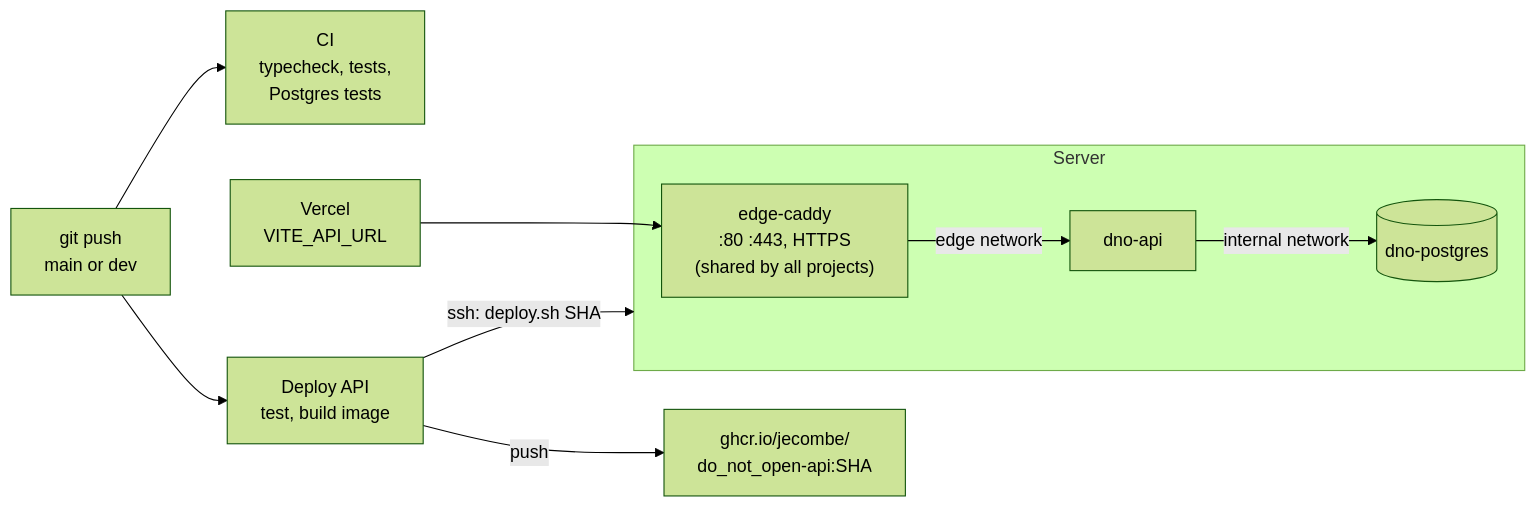
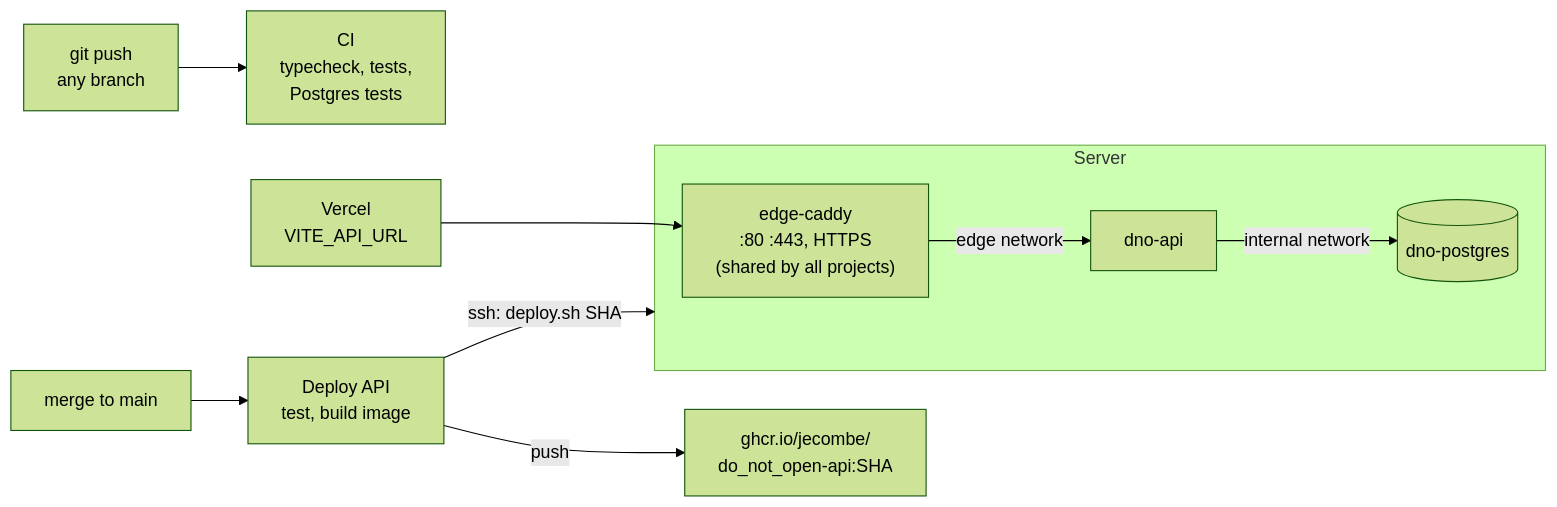
One commit to jecombe/do_not_open changed the diagram in deploy/README.md. Above: the diagram before and after it, drawn with Mermaid (forest theme). The commit also changed other lines of this file and 1 other file, not shown here.

Commit message:
Deploy the API only from main
A merged PR deploys; pushes to other branches run CI alone.

````diff
--- a/deploy/README.md
+++ b/deploy/README.md
@@ -6,12 +6,12 @@
 ```mermaid
 flowchart LR
-  push["git push<br/>main or dev"] --> ci["CI<br/>typecheck, tests,<br/>Postgres tests"]
-  push --> wf["Deploy API<br/>test, build image"]
+  push["git push<br/>any branch"] --> ci["CI<br/>typecheck, tests,<br/>Postgres tests"]
+  merge["merge to main"] --> wf["Deploy API<br/>test, build image"]
   wf -- "push" --> ghcr["ghcr.io/jecombe/<br/>do_not_open-api:SHA"]
   wf -- "ssh: deploy.sh SHA" --> server
   subgraph server["Server"]
     edge["edge-caddy<br/>:80 :443, HTTPS<br/>(shared by all projects)"] -- "edge network" --> api["dno-api"]
     api -- "internal network" --> pg[(dno-postgres)]
   end
   vercel["Vercel<br/>VITE_API_URL"] --> edge
 ```
````
